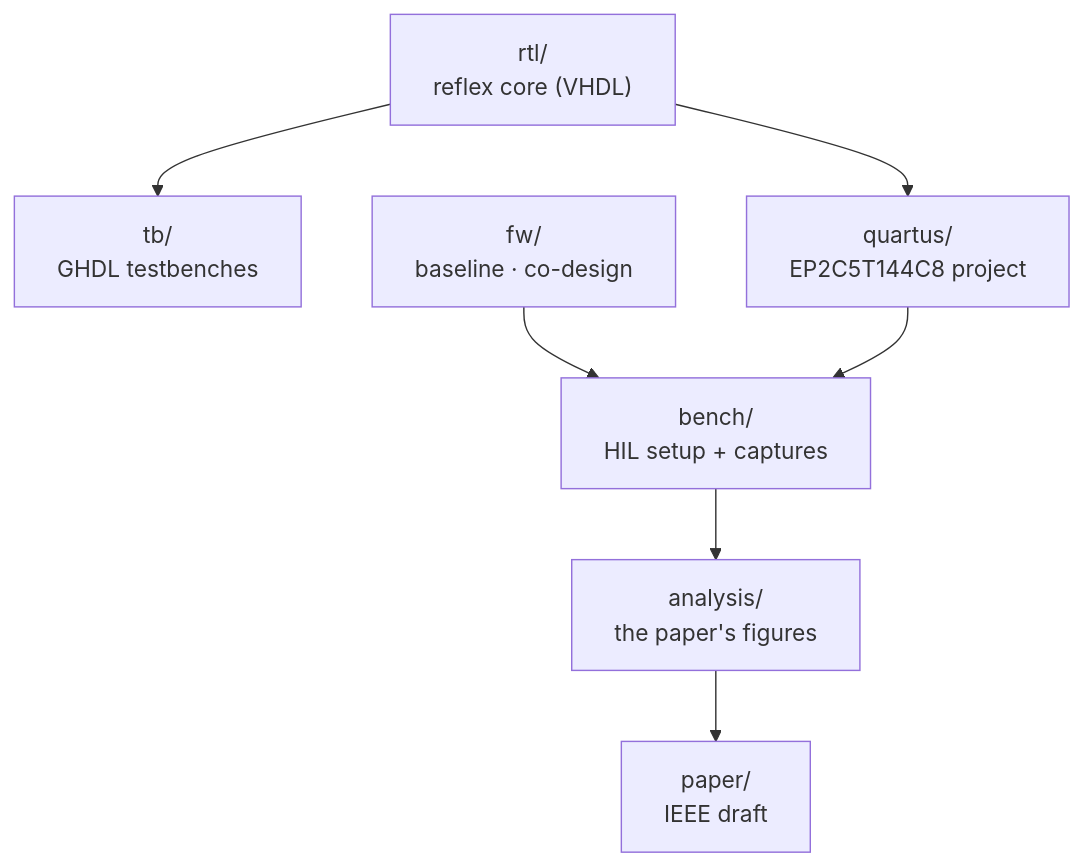
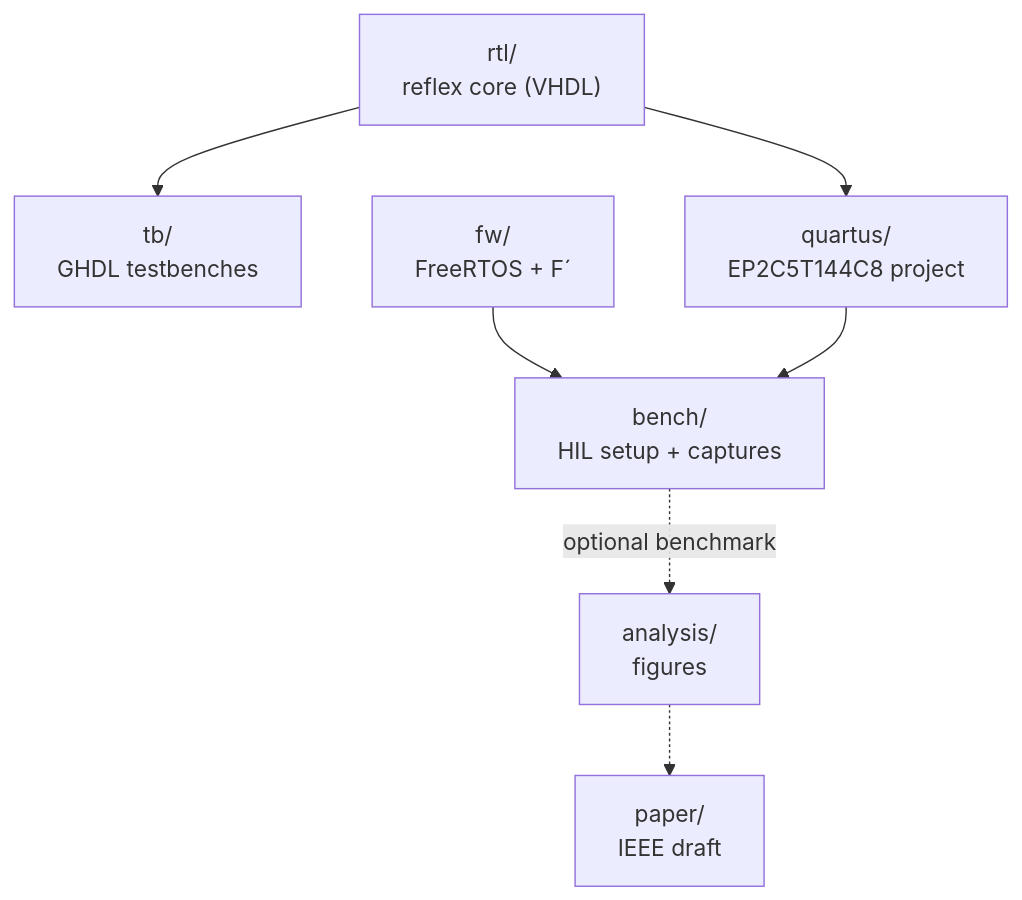
One commit to spaceadler/EAGLE changed the second of 3 diagrams in README.md. Above: the diagram before and after it, drawn with Mermaid. The commit also changed other lines of this file and 6 other files, not shown here.

First line of the commit message:
docs: restructure around sensor TMR with an SPI link; benchmark becomes optional

````diff
--- a/README.md
+++ b/README.md
@@ -45,8 +48,8 @@
 ```mermaid
 flowchart TB
     rtl["rtl/<br/>reflex core (VHDL)"] --> tb["tb/<br/>GHDL testbenches"]
     rtl --> q["quartus/<br/>EP2C5T144C8 project"]
-    fw["fw/<br/>baseline · co-design"] --> bench["bench/<br/>HIL setup + captures"]
+    fw["fw/<br/>FreeRTOS + F´"] --> bench["bench/<br/>HIL setup + captures"]
     q --> bench
-    bench --> an["analysis/<br/>the paper's figures"] --> paper["paper/<br/>IEEE draft"]
+    bench -.->|"optional benchmark"| an["analysis/<br/>figures"] -.-> paper["paper/<br/>IEEE draft"]
 ```
````
